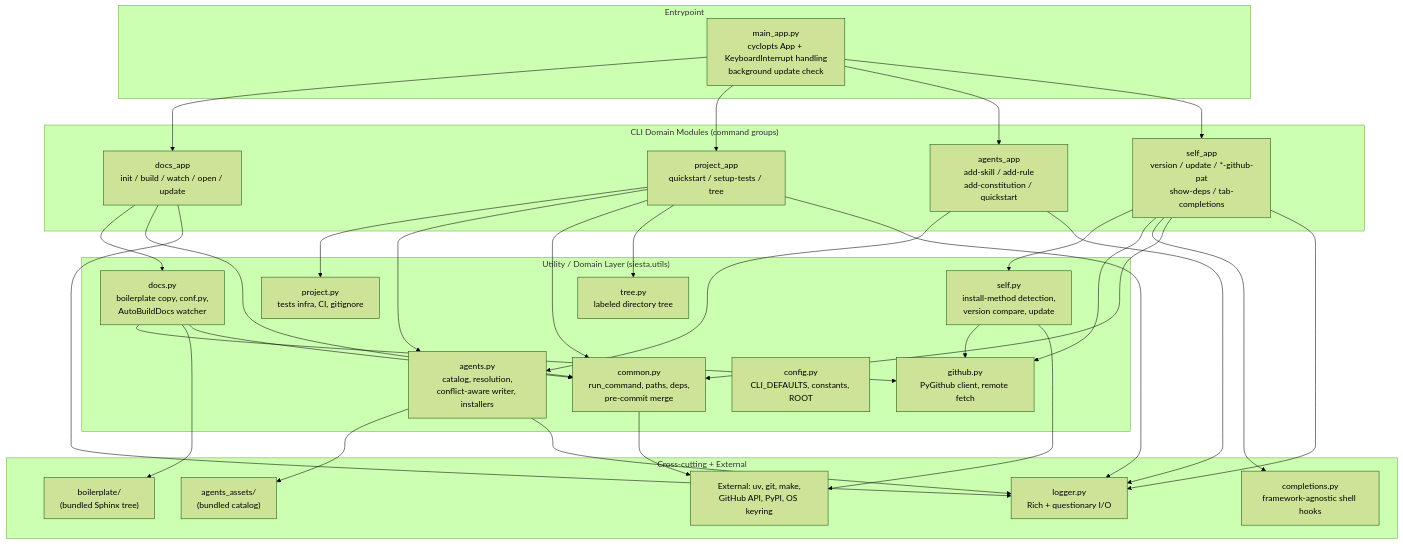
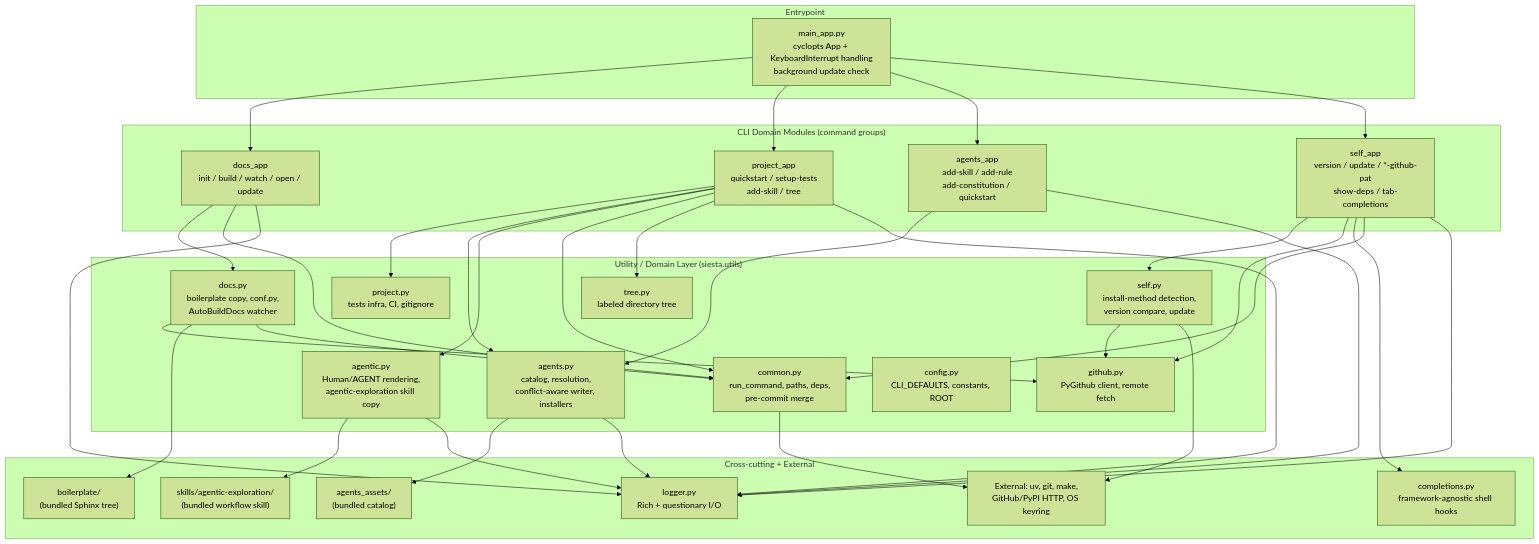
One commit to Entalpic/siesta changed the first of 2 diagrams in system-architecture.md. Above: the diagram before and after it, drawn with Mermaid (forest theme). The commit also changed other lines of this file, not shown here.

Commit message:
rebase: update system-architecture

````diff
--- a/system-architecture.md
+++ b/system-architecture.md
@@ -23,43 +23,46 @@
 ```mermaid
 graph TB
     subgraph entry["Entrypoint"]
         MAIN["main_app.py<br/>cyclopts App + KeyboardInterrupt handling<br/>background update check"]
     end
 
     subgraph cli["CLI Domain Modules (command groups)"]
         DOCS["docs_app<br/>init / build / watch / open / update"]
-        PROJ["project_app<br/>quickstart / setup-tests / tree"]
+        PROJ["project_app<br/>quickstart / setup-tests<br/>add-skill / tree"]
         AGENTS["agents_app<br/>add-skill / add-rule<br/>add-constitution / quickstart"]
         SELF["self_app<br/>version / update / *-github-pat<br/>show-deps / tab-completions"]
     end
 
     subgraph utils["Utility / Domain Layer (siesta.utils)"]
         UAGENTS["agents.py<br/>catalog, resolution,<br/>conflict-aware writer, installers"]
         UDOCS["docs.py<br/>boilerplate copy, conf.py,<br/>AutoBuildDocs watcher"]
         UPROJ["project.py<br/>tests infra, CI, gitignore"]
+        UAGENTIC["agentic.py<br/>Human/AGENT rendering,<br/>agentic-exploration skill copy"]
         USELF["self.py<br/>install-method detection,<br/>version compare, update"]
         UGH["github.py<br/>PyGithub client, remote fetch"]
         UCOMMON["common.py<br/>run_command, paths, deps,<br/>pre-commit merge"]
         UTREE["tree.py<br/>labeled directory tree"]
         UCONFIG["config.py<br/>CLI_DEFAULTS, constants, ROOT"]
     end
 
     subgraph infra["Cross-cutting + External"]
         LOG["logger.py<br/>Rich + questionary I/O"]
         COMPL["completions.py<br/>framework-agnostic shell hooks"]
         ASSETS["agents_assets/<br/>(bundled catalog)"]
+        SKILLS["skills/agentic-exploration/<br/>(bundled workflow skill)"]
         BOIL["boilerplate/<br/>(bundled Sphinx tree)"]
-        EXT["External: uv, git, make,<br/>GitHub API, PyPI, OS keyring"]
+        EXT["External: uv, git, make,<br/>GitHub/PyPI HTTP, OS keyring"]
     end
 
     MAIN --> DOCS & PROJ & AGENTS & SELF
     DOCS --> UDOCS & UCOMMON
-    PROJ --> UPROJ & UAGENTS & UCOMMON & UTREE
+    PROJ --> UPROJ & UAGENTS & UAGENTIC & UCOMMON & UTREE
     AGENTS --> UAGENTS
     SELF --> USELF & UGH & COMPL & UCOMMON
     UAGENTS --> ASSETS & LOG
+    UAGENTIC --> SKILLS & LOG
     UDOCS --> UGH & BOIL & UCOMMON
     USELF --> UGH & EXT
     UCOMMON --> EXT
     DOCS & PROJ & AGENTS & SELF --> LOG
 ```
````
